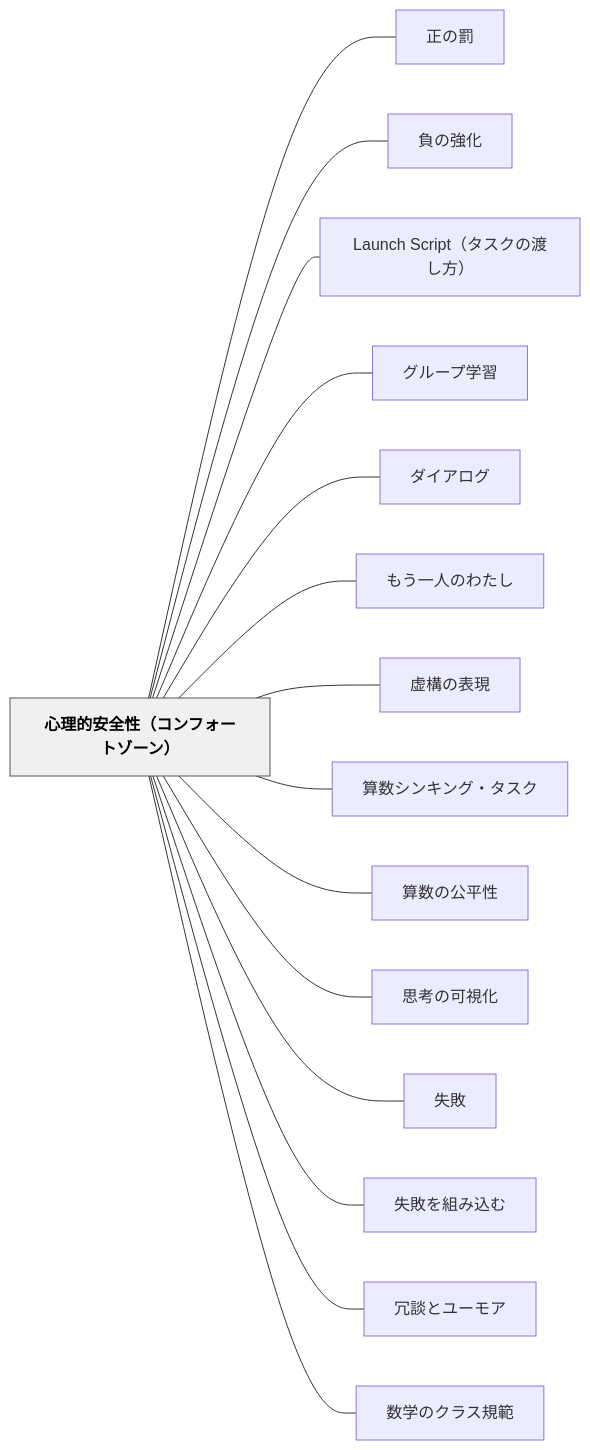
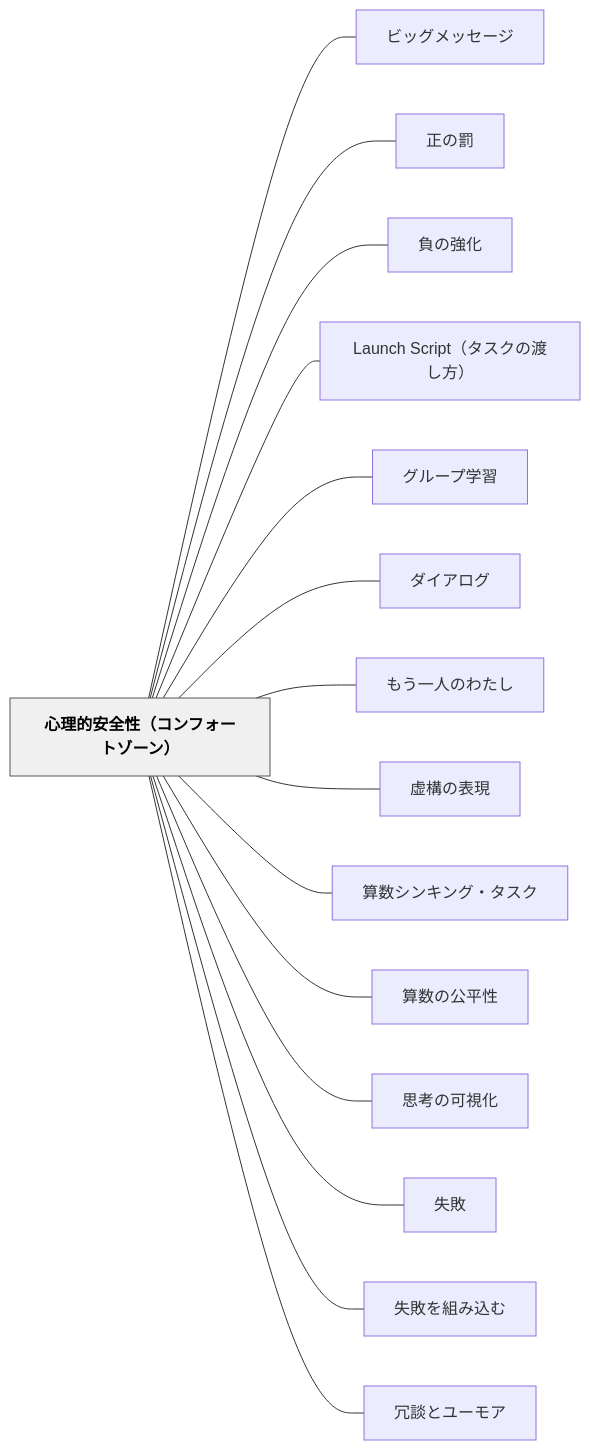
The diagram in content/パタン/心理的安全性（コンフォートゾーン）.md (unknownthings-ed-patterns/unknownthings-ed-patterns), drawn with Mermaid before and after one commit. The commit also changed other lines of this file and 100 other files, not shown here.

````diff
--- a/content/パタン/心理的安全性（コンフォートゾーン）.md
+++ b/content/パタン/心理的安全性（コンフォートゾーン）.md
@@ -58,36 +58,36 @@
 ```mermaid
 flowchart LR
     ne5bf83e79086e79a84e5ae89e585a8e680a7efbc88e382b3e383b3e38395e382a9e383bce38388e382bee383bce383b3efbc89["心理的安全性（コンフォートゾーン）"]
+    ne38393e38383e382b0e383a1e38383e382bbe383bce382b8["ビッグメッセージ"]
     ne6ada3e381aee7bdb0["正の罰"]
     ne8b2a0e381aee5bcb7e58c96["負の強化"]
     n4c61756e636820536372697074efbc88e382bfe382b9e382afe381aee6b8a1e38197e696b9efbc89["Launch Script（タスクの渡し方）"]
     ne382b0e383abe383bce38397e5ada6e7bf92["グループ学習"]
     ne38380e382a4e382a2e383ade382b0["ダイアログ"]
     ne38282e38186e4b880e4babae381aee3828fe3819fe38197["もう一人のわたし"]
     ne8999ae6a78be381aee8a1a8e78fbe["虚構の表現"]
     ne7ae97e695b0e382b7e383b3e382ade383b3e382b0e383bbe382bfe382b9e382af["算数シンキング・タスク"]
     ne7ae97e695b0e381aee585ace5b9b3e680a7["算数の公平性"]
     ne6809de88083e381aee58fafe8a696e58c96["思考の可視化"]
     ne5a4b1e69597["失敗"]
     ne5a4b1e69597e38292e7b584e381bfe8bebce38280["失敗を組み込む"]
     ne58697e8ab87e381a8e383a6e383bce383a2e382a2["冗談とユーモア"]
-    ne695b0e5ada6e381aee382afe383a9e382b9e8a68fe7af84["数学のクラス規範"]
 
+    ne5bf83e79086e79a84e5ae89e585a8e680a7efbc88e382b3e383b3e38395e382a9e383bce38388e382bee383bce383b3efbc89 --- ne38393e38383e382b0e383a1e38383e382bbe383bce382b8
     ne5bf83e79086e79a84e5ae89e585a8e680a7efbc88e382b3e383b3e38395e382a9e383bce38388e382bee383bce383b3efbc89 --- ne6ada3e381aee7bdb0
     ne5bf83e79086e79a84e5ae89e585a8e680a7efbc88e382b3e383b3e38395e382a9e383bce38388e382bee383bce383b3efbc89 --- ne8b2a0e381aee5bcb7e58c96
     ne5bf83e79086e79a84e5ae89e585a8e680a7efbc88e382b3e383b3e38395e382a9e383bce38388e382bee383bce383b3efbc89 --- n4c61756e636820536372697074efbc88e382bfe382b9e382afe381aee6b8a1e38197e696b9efbc89
     ne5bf83e79086e79a84e5ae89e585a8e680a7efbc88e382b3e383b3e38395e382a9e383bce38388e382bee383bce383b3efbc89 --- ne382b0e383abe383bce38397e5ada6e7bf92
     ne5bf83e79086e79a84e5ae89e585a8e680a7efbc88e382b3e383b3e38395e382a9e383bce38388e382bee383bce383b3efbc89 --- ne38380e382a4e382a2e383ade382b0
     ne5bf83e79086e79a84e5ae89e585a8e680a7efbc88e382b3e383b3e38395e382a9e383bce38388e382bee383bce383b3efbc89 --- ne38282e38186e4b880e4babae381aee3828fe3819fe38197
     ne5bf83e79086e79a84e5ae89e585a8e680a7efbc88e382b3e383b3e38395e382a9e383bce38388e382bee383bce383b3efbc89 --- ne8999ae6a78be381aee8a1a8e78fbe
     ne5bf83e79086e79a84e5ae89e585a8e680a7efbc88e382b3e383b3e38395e382a9e383bce38388e382bee383bce383b3efbc89 --- ne7ae97e695b0e382b7e383b3e382ade383b3e382b0e383bbe382bfe382b9e382af
     ne5bf83e79086e79a84e5ae89e585a8e680a7efbc88e382b3e383b3e38395e382a9e383bce38388e382bee383bce383b3efbc89 --- ne7ae97e695b0e381aee585ace5b9b3e680a7
     ne5bf83e79086e79a84e5ae89e585a8e680a7efbc88e382b3e383b3e38395e382a9e383bce38388e382bee383bce383b3efbc89 --- ne6809de88083e381aee58fafe8a696e58c96
     ne5bf83e79086e79a84e5ae89e585a8e680a7efbc88e382b3e383b3e38395e382a9e383bce38388e382bee383bce383b3efbc89 --- ne5a4b1e69597
     ne5bf83e79086e79a84e5ae89e585a8e680a7efbc88e382b3e383b3e38395e382a9e383bce38388e382bee383bce383b3efbc89 --- ne5a4b1e69597e38292e7b584e381bfe8bebce38280
     ne5bf83e79086e79a84e5ae89e585a8e680a7efbc88e382b3e383b3e38395e382a9e383bce38388e382bee383bce383b3efbc89 --- ne58697e8ab87e381a8e383a6e383bce383a2e382a2
-    ne5bf83e79086e79a84e5ae89e585a8e680a7efbc88e382b3e383b3e38395e382a9e383bce38388e382bee383bce383b3efbc89 --- ne695b0e5ada6e381aee382afe383a9e382b9e8a68fe7af84
 
     classDef hub fill:#f0f0f0,stroke:#555,color:#000,font-weight:bold
     class ne5bf83e79086e79a84e5ae89e585a8e680a7efbc88e382b3e383b3e38395e382a9e383bce38388e382bee383bce383b3efbc89 hub
 ```
````
